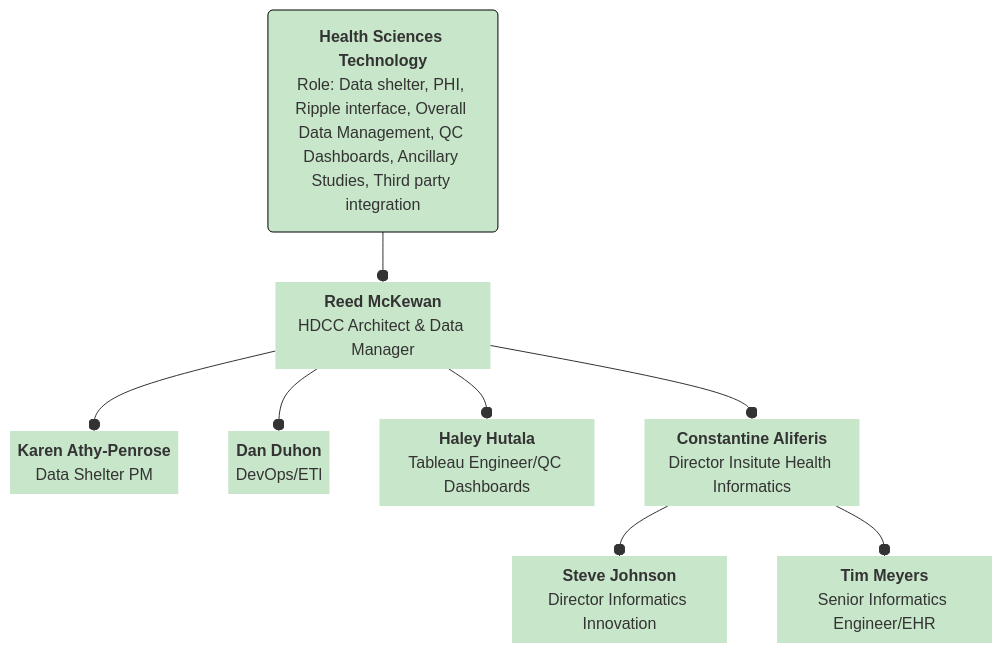
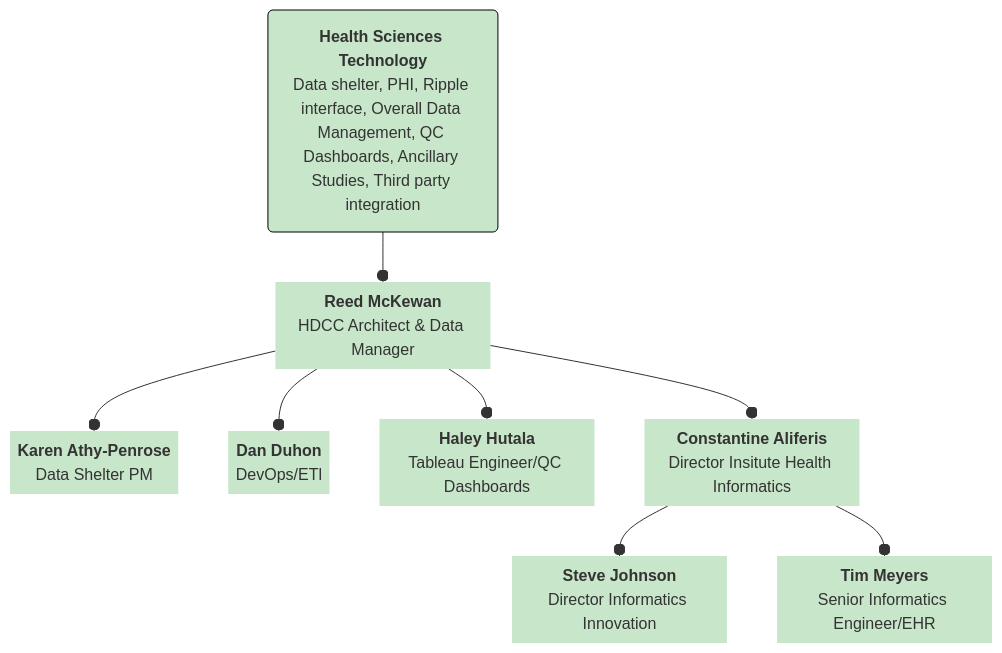
Before and after one commit to DCAN-Labs/hbcd-docs-internal: the fourth of 6 diagrams in docs/orgcharts.md, drawn with Mermaid. The commit also changed other lines of this file, not shown here.

````diff
--- a/docs/orgcharts.md
+++ b/docs/orgcharts.md
@@ -346,26 +349,26 @@
 ```mermaid
 ---
 config:
   layout: dagre
 ---
 flowchart TB
-    A["<b>Health Sciences Technology</b><br>Role: Data shelter, PHI, Ripple interface, Overall Data Management, QC Dashboards, Ancillary Studies, Third party integration"] --o B["<b>Reed McKewan</b><br>HDCC Architect &amp; Data Manager"]
+    A["<b>Health Sciences Technology</b><br>Data shelter, PHI, Ripple interface, Overall Data Management, QC Dashboards, Ancillary Studies, Third party integration"] --o B["<b>Reed McKewan</b><br>HDCC Architect &amp; Data Manager"]
     B --o E["<b>Karen Athy-Penrose</b><br>Data Shelter PM"] & F["<b>Dan Duhon</b><br>DevOps/ETl"] & G["<b>Haley Hutala</b><br>Tableau Engineer/QC Dashboards"] & H["<b>Constantine Aliferis</b><br>Director Insitute Health Informatics"]
     H --o I["<b>Steve Johnson</b><br>Director Informatics Innovation"] & J["<b>Tim Meyers</b><br>Senior Informatics Engineer/EHR"]
     A@{ shape: rounded}
     B@{ shape: text}
     E@{ shape: text}
     F@{ shape: text}
     G@{ shape: text}
     H@{ shape: text}
     I@{ shape: text}
     J@{ shape: text}
     style A fill:#C8E6C9,stroke:#000000
     style B fill:#C8E6C9,stroke-width:2px,stroke-dasharray: 0,stroke:none
     style E fill:#C8E6C9
     style F fill:#C8E6C9
     style G fill:#C8E6C9
     style H fill:#C8E6C9
     style I fill:#C8E6C9
     style J fill:#C8E6C9
 ```
````
